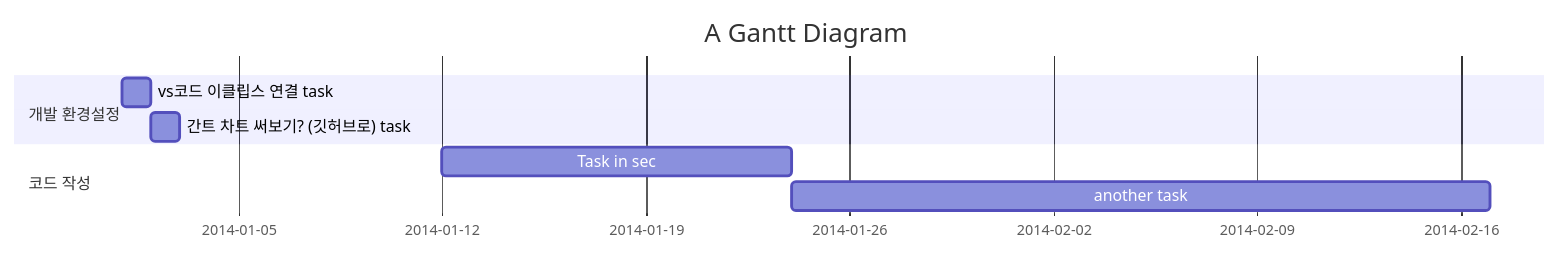
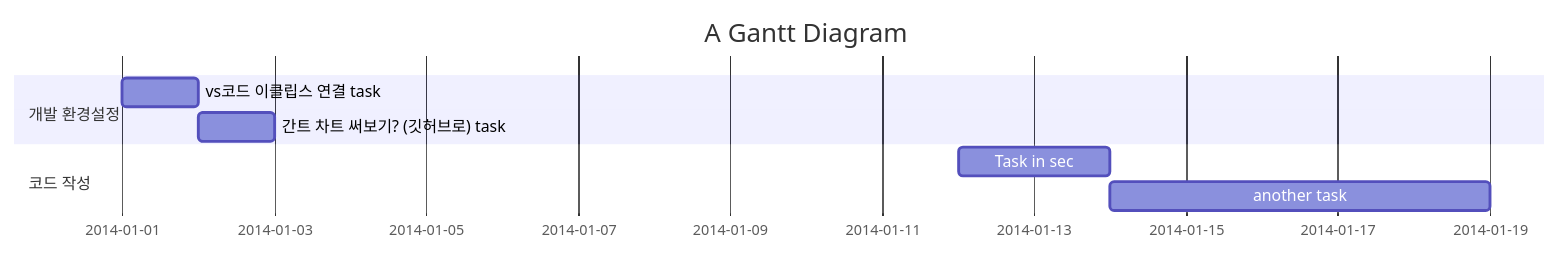
The diagram in README.md (UDONGSALI/Toy-Project), drawn with Mermaid before and after one commit.

````diff
--- a/README.md
+++ b/README.md
@@ -1,11 +1,11 @@
 ```mermaid
 gantt
     title A Gantt Diagram
     dateFormat  YYYY-MM-DD
     section 개발 환경설정
     vs코드 이클립스 연결 task           :a1, 2014-01-01, 1d
     간트 차트 써보기? (깃허브로) task     :after a1  , 1d
     section 코드 작성
-    Task in sec      :2014-01-12  , 12d
-    another task      : 24d
+    Task in sec      :2014-01-12  , 2d
+    another task      : 5d
 ```
````
